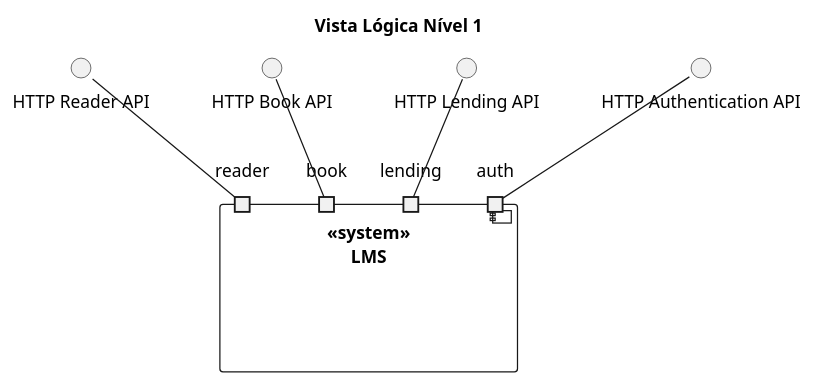
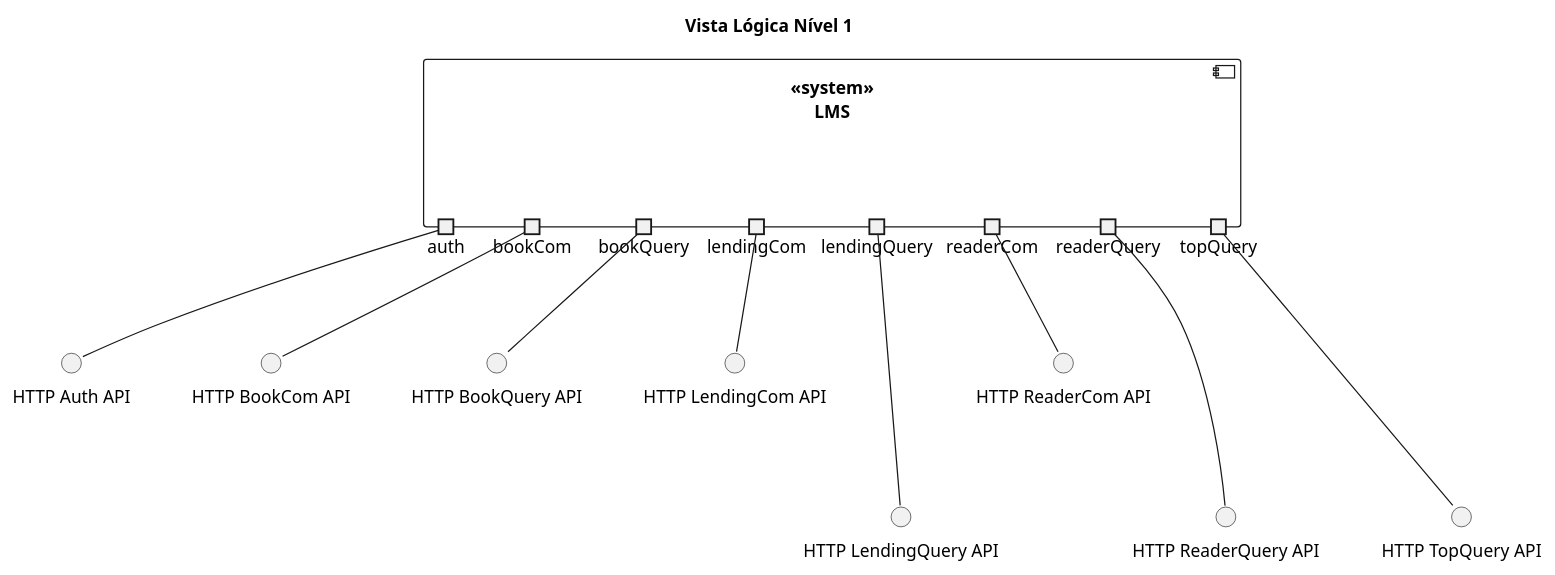
One commit to GitHubCatarina/SIDIS changed the diagram in Docs/Design/Entrega2/Vistas Lógicas/Nível 1/Nivel1.puml. Above: the diagram before and after it, drawn with PlantUML. The commit also changed 20 other files, not shown here.

```diff
--- a/Docs/Design/Entrega2/Vistas Lógicas/Nível 1/Nivel1.puml
+++ b/Docs/Design/Entrega2/Vistas Lógicas/Nível 1/Nivel1.puml
@@ -1,26 +1,37 @@
 @startuml
 ' https://plantuml.com/class-diagram
 
 title Vista Lógica Nível 1
 
-' Definir o componente principal LMS
-component <<system>>\nLMS {
-  portin reader
-  portin book
-  portin lending
-  portin auth
-}
+component "<<system>>\nLMS" {
+ portout auth as Pauth
+ portout bookCom as PbookC
+ portout bookQuery as PbookQ
+ portout lendingCom as PlendingC
+ portout lendingQuery as PlendingQ
+ portout readerCom as PreaderC
+ portout readerQuery as PreaderQ
+ portout topQuery as top
+ }
 
-' Definir os componentes dos microserviços
-interface "HTTP Reader API" as RS
-interface "HTTP Book API" as BS
-interface "HTTP Lending API" as LS
-interface "HTTP Authentication API" as AS
+() "HTTP Auth API" as authapi
+() "HTTP BookCom API" as booksapic
+() "HTTP BookQuery API" as booksapiq
+() "HTTP LendingCom API" as lendingsapic
+() "HTTP LendingQuery API" as lendingsapiq
+() "HTTP ReaderCom API" as readersapic
+() "HTTP ReaderQuery API" as readersapiq
+() "HTTP TopQuery API" as  topapiq
 
-' Conectar os microserviços às portas no componente LMS
-RS -- reader
-BS -- book
-LS -- lending
-AS -- auth
+
+Pauth -- authapi
+PbookC -- booksapic
+PbookQ -- booksapiq
+PlendingC -- lendingsapic
+PlendingQ --- lendingsapiq
+PreaderC -- readersapic
+PreaderQ --- readersapiq
+top --- topapiq
+
 
 @enduml
```
